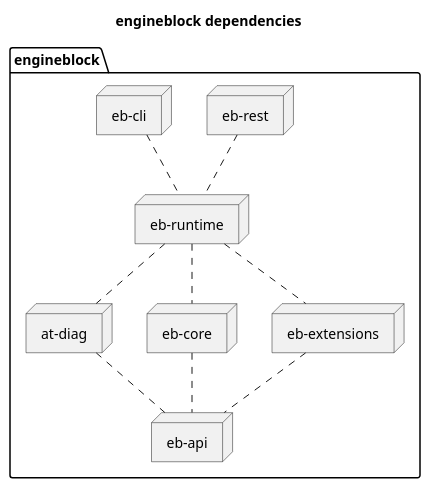
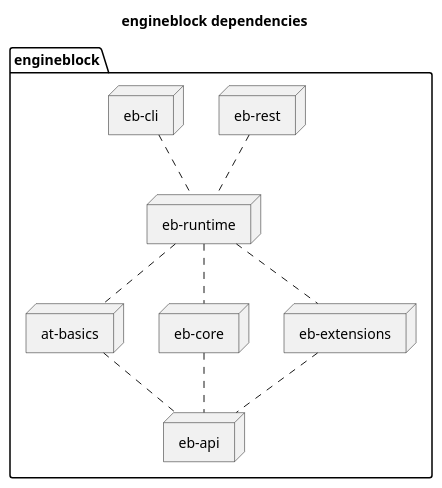
One commit to engineblock/engineblock changed the diagram in docs/diagrams/project_structure.puml. Above: the diagram before and after it, drawn with PlantUML. The commit also changed 10 other files, not shown here.

Commit message:
renamed at-diag to at-basics to support other drivers

```diff
--- a/docs/diagrams/project_structure.puml
+++ b/docs/diagrams/project_structure.puml
@@ -1,24 +1,24 @@
 @startuml
 title engineblock dependencies
 'node engineblock
 'node defaults as "project-defaults"
 
 folder engineblock {
-node diag as "at-diag"
+node basics as "at-basics"
 node api as "eb-api"
 node core as "eb-core"
 node rest as "eb-rest"
 node runtime as "eb-runtime"
 node cli as "eb-cli"
 node extensions as "eb-extensions"
 cli .. runtime
 rest .. runtime
 runtime .. core
-runtime .. diag
+runtime .. basics
 runtime .. extensions
 extensions .. api
 core .. api
-diag .. api
+basics .. api
 }
 
 @enduml
```
